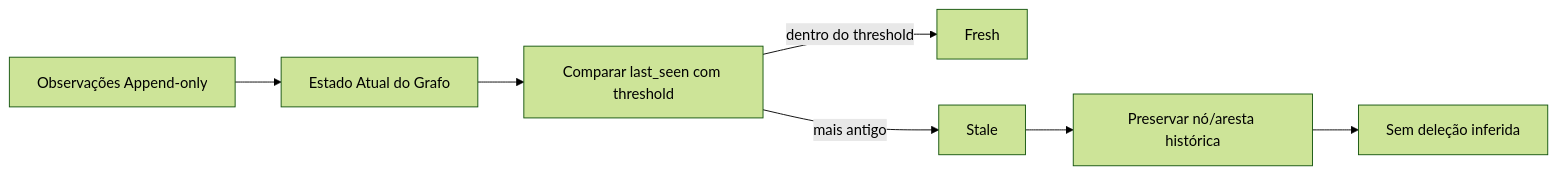
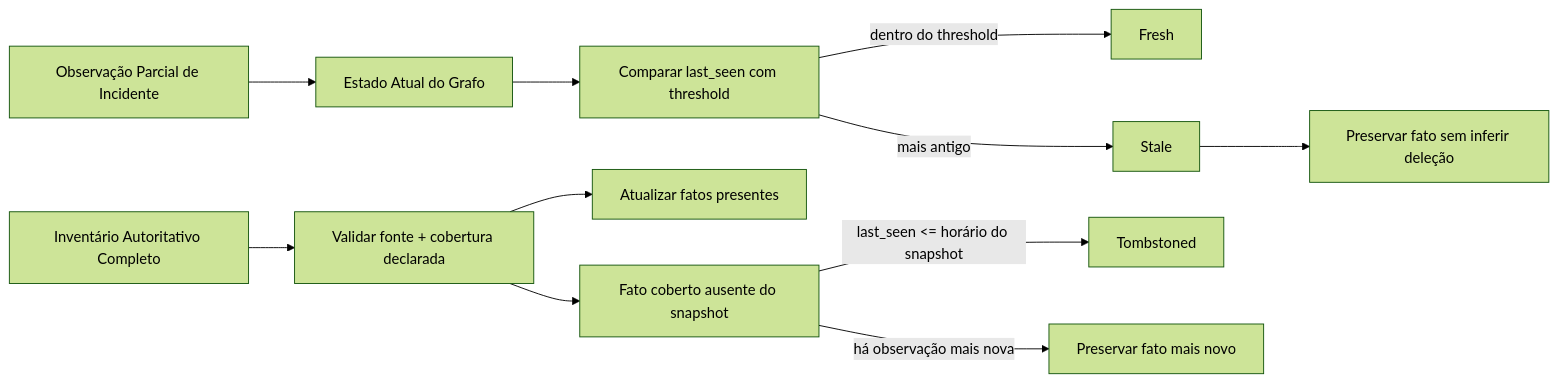
The second of 3 diagrams in docs/persistent-awareness-graph.pt-BR.md (marcocristofolini/ai-sre-rca), drawn with Mermaid (forest theme) before and after one commit. The commit also changed other lines of this file, not shown here.

```diff
--- a/docs/persistent-awareness-graph.pt-BR.md
+++ b/docs/persistent-awareness-graph.pt-BR.md
@@ -56,9 +56,14 @@
 ~~~mermaid
 flowchart LR
-    CUR[Estado Atual do Grafo] --> AGE[Comparar last_seen com threshold]
+    INC[Observação Parcial de Incidente] --> CUR[Estado Atual do Grafo]
+    CUR --> AGE[Comparar last_seen com threshold]
     AGE -->|dentro do threshold| F[Fresh]
     AGE -->|mais antigo| S[Stale]
-    OBS[Observações Append-only] --> CUR
-    S --> KEEP[Preservar nó/aresta histórica]
-    KEEP --> NO[Sem deleção inferida]
+    S --> KEEP[Preservar fato sem inferir deleção]
+
+    INV[Inventário Autoritativo Completo] --> SCOPE[Validar fonte + cobertura declarada]
+    SCOPE --> PRESENT[Atualizar fatos presentes]
+    SCOPE --> ABSENT[Fato coberto ausente do snapshot]
+    ABSENT -->|last_seen <= horário do snapshot| T[Tombstoned]
+    ABSENT -->|há observação mais nova| SKIP[Preservar fato mais novo]
 ~~~
```
